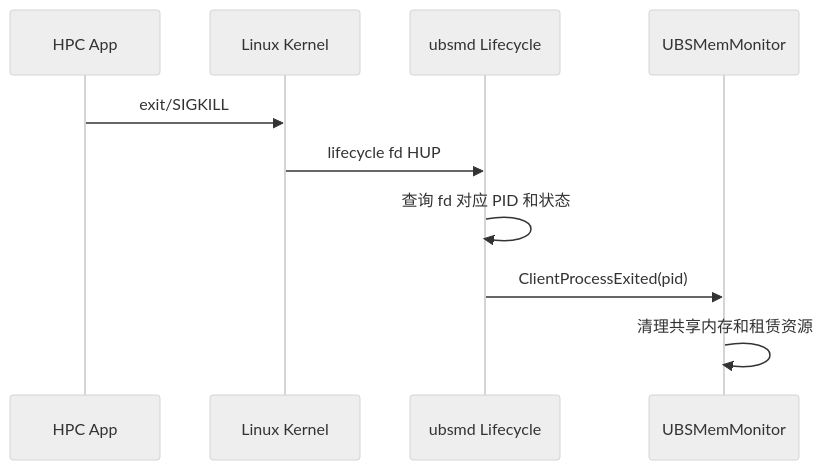
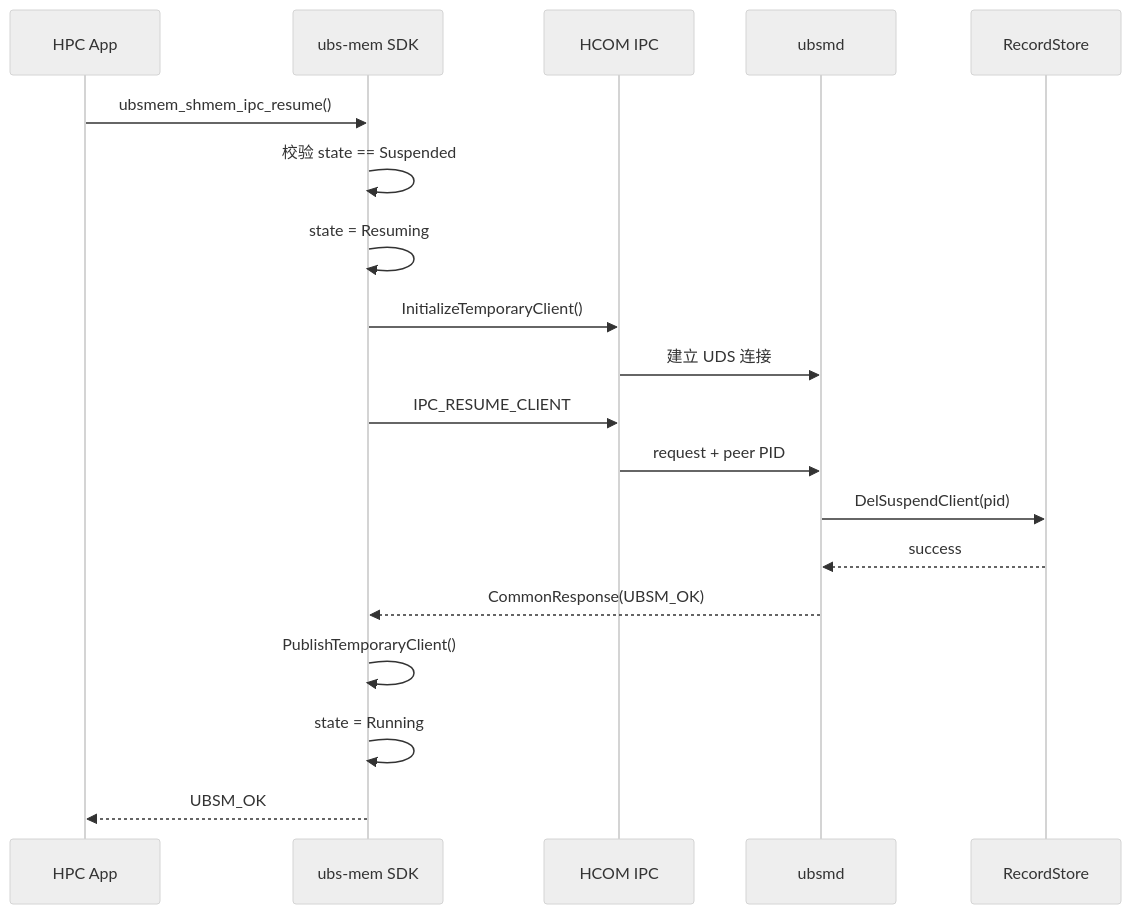
The second of 3 diagrams in docs/zh/ipc_suspend_resume_design.md (openeuler-mirror/ubs-mem), drawn with Mermaid (neutral theme) before and after one commit. The commit also changed other lines of this file, not shown here.

First line of the commit message:
docs: align suspend design with IPC implementation

````diff
--- a/docs/zh/ipc_suspend_resume_design.md
+++ b/docs/zh/ipc_suspend_resume_design.md
@@ -203,13 +258,22 @@
 ```mermaid
 sequenceDiagram
     participant App as HPC App
-    participant Kernel as Linux Kernel
-    participant LC as ubsmd Lifecycle
-    participant Monitor as UBSMemMonitor
+    participant SDK as ubs-mem SDK
+    participant HCOM as HCOM IPC
+    participant Daemon as ubsmd
+    participant Store as RecordStore
 
-    App->>Kernel: exit/SIGKILL
-    Kernel->>LC: lifecycle fd HUP
-    LC->>LC: 查询 fd 对应 PID 和状态
-    LC->>Monitor: ClientProcessExited(pid)
-    Monitor->>Monitor: 清理共享内存和租赁资源
+    App->>SDK: ubsmem_shmem_ipc_resume()
+    SDK->>SDK: 校验 state == Suspended
+    SDK->>SDK: state = Resuming
+    SDK->>HCOM: InitializeTemporaryClient()
+    HCOM->>Daemon: 建立 UDS 连接
+    SDK->>HCOM: IPC_RESUME_CLIENT
+    HCOM->>Daemon: request + peer PID
+    Daemon->>Store: DelSuspendClient(pid)
+    Store-->>Daemon: success
+    Daemon-->>SDK: CommonResponse(UBSM_OK)
+    SDK->>SDK: PublishTemporaryClient()
+    SDK->>SDK: state = Running
+    SDK-->>App: UBSM_OK
 ```
````
